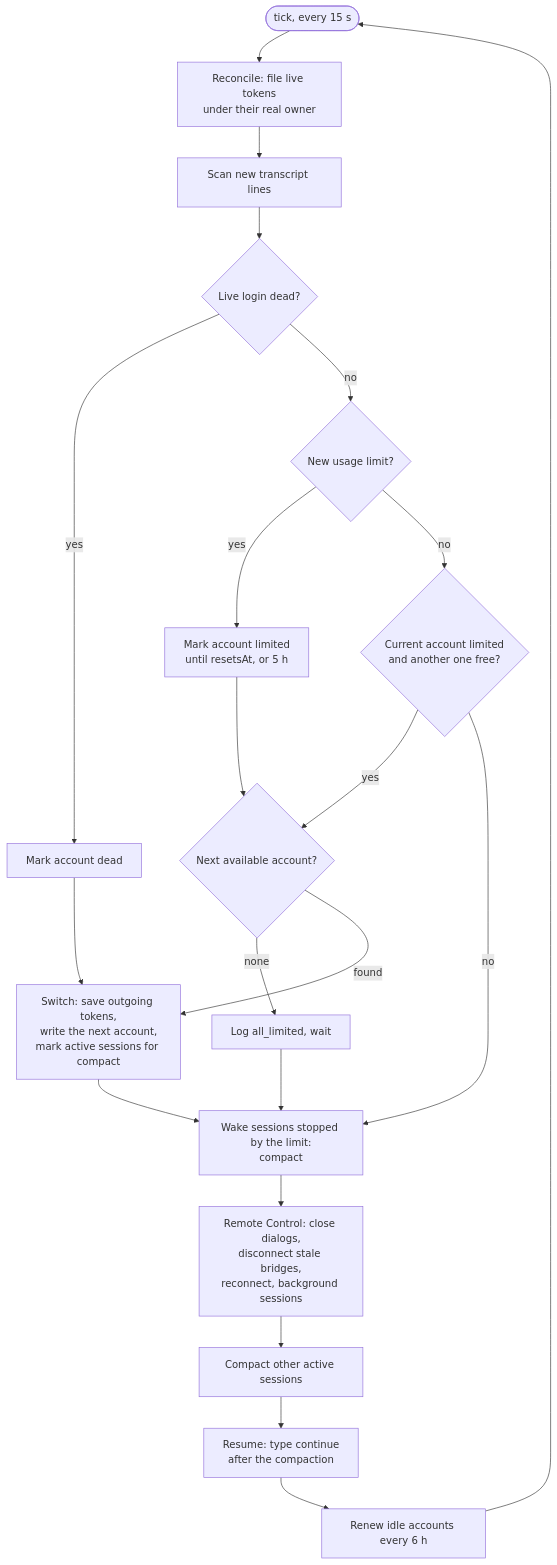
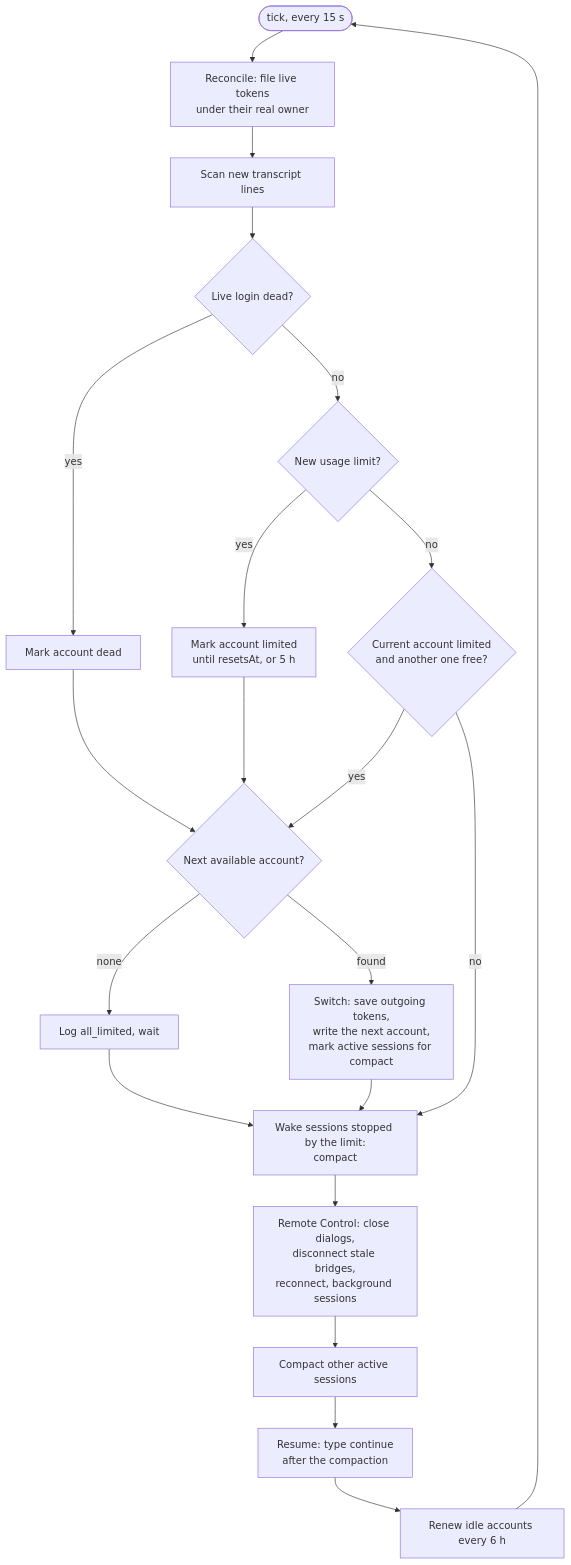
Before and after one commit to DBC-Juanma/claude-rotate: the first of 2 diagrams in README.md, drawn with Mermaid. The commit also changed other lines of this file, not shown here.

First line of the commit message:
README: correct renewal retry, use, dead-login path and install details

````diff
--- a/README.md
+++ b/README.md
@@ -43,20 +43,20 @@
 ```mermaid
 flowchart TD
     T(["tick, every 15 s"]) --> R["Reconcile: file live tokens<br/>under their real owner"]
     R --> S["Scan new transcript lines"]
     S --> D{"Live login dead?"}
-    D -->|yes| DD["Mark account dead"] --> SW
+    D -->|yes| DD["Mark account dead"] --> N
     D -->|no| L{"New usage limit?"}
     L -->|yes| LM["Mark account limited<br/>until resetsAt, or 5 h"] --> N
     L -->|no| RV{"Current account limited<br/>and another one free?"}
     RV -->|yes| N
     RV -->|no| W
     N{"Next available account?"} -->|none| A["Log all_limited, wait"] --> W
     N -->|found| SW["Switch: save outgoing tokens,<br/>write the next account,<br/>mark active sessions for compact"]
     SW --> W["Wake sessions stopped by the limit:<br/>compact"]
     W --> RC["Remote Control: close dialogs,<br/>disconnect stale bridges,<br/>reconnect, background sessions"]
     RC --> C["Compact other active sessions"]
     C --> RS["Resume: type continue<br/>after the compaction"]
     RS --> RN["Renew idle accounts every 6 h"]
     RN --> T
 ```
````
